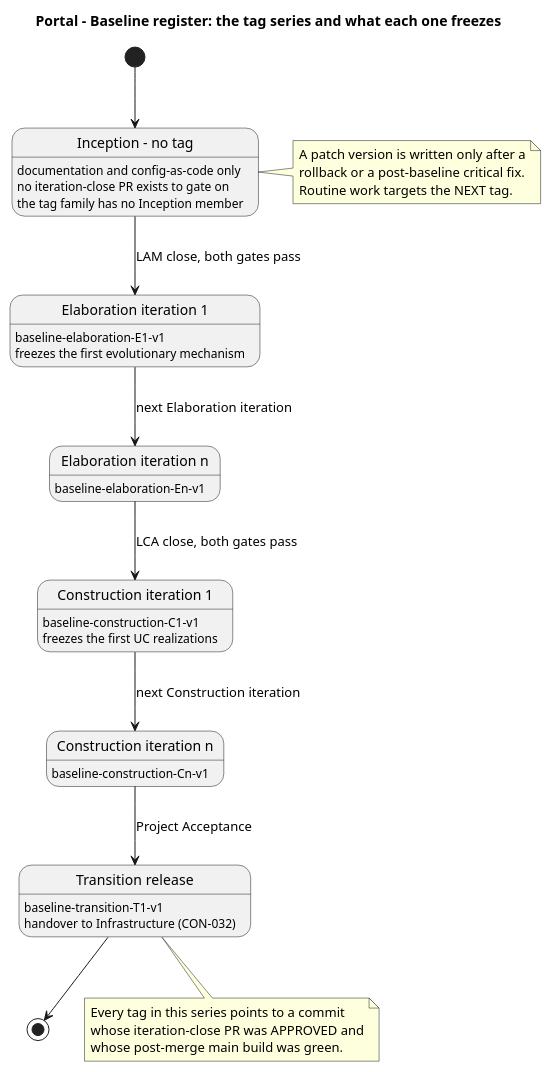
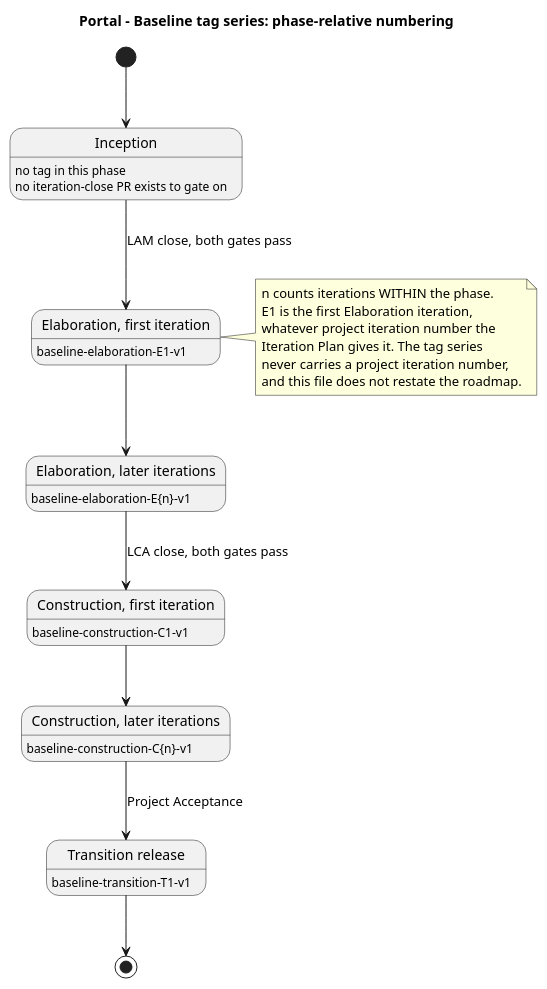
One commit to banense-test/portal changed the third of 7 diagrams in docs/BRANCHING_STRATEGY.md. Above: the diagram before and after it, drawn with PlantUML. The commit also changed other lines of this file, not shown here.

Commit message:
chore(cm): re-base branching strategy onto iteration 3 and current CI evidence

````diff
--- a/docs/BRANCHING_STRATEGY.md
+++ b/docs/BRANCHING_STRATEGY.md
@@ -195,54 +195,41 @@
 ```plantuml
 @startuml
-title Portal - Baseline register: the tag series and what each one freezes
+title Portal - Baseline tag series: phase-relative numbering
 
-state "Inception - no tag" as INC {
-  INC : documentation and config-as-code only
+state "Inception" as INC {
+  INC : no tag in this phase
   INC : no iteration-close PR exists to gate on
-  INC : the tag family has no Inception member
 }
-
-state "Elaboration iteration 1" as E1 {
+state "Elaboration, first iteration" as E1 {
   E1 : baseline-elaboration-E1-v1
-  E1 : freezes the first evolutionary mechanism
 }
-
-state "Elaboration iteration n" as EN {
-  EN : baseline-elaboration-En-v1
+state "Elaboration, later iterations" as EN {
+  EN : baseline-elaboration-E{n}-v1
 }
-
-state "Construction iteration 1" as C1 {
+state "Construction, first iteration" as C1 {
   C1 : baseline-construction-C1-v1
-  C1 : freezes the first UC realizations
 }
-
-state "Construction iteration n" as CN {
-  CN : baseline-construction-Cn-v1
+state "Construction, later iterations" as CN {
+  CN : baseline-construction-C{n}-v1
 }
-
 state "Transition release" as T1 {
   T1 : baseline-transition-T1-v1
-  T1 : handover to Infrastructure (CON-032)
 }
-
 [*] --> INC
 INC --> E1 : LAM close, both gates pass
-E1 --> EN : next Elaboration iteration
+E1 --> EN
 EN --> C1 : LCA close, both gates pass
-C1 --> CN : next Construction iteration
+C1 --> CN
 CN --> T1 : Project Acceptance
 T1 --> [*]
 
-note right of INC
-  A patch version is written only after a
-  rollback or a post-baseline critical fix.
-  Routine work targets the NEXT tag.
-end note
-
-note bottom of T1
-  Every tag in this series points to a commit
-  whose iteration-close PR was APPROVED and
-  whose post-merge main build was green.
+note right of E1
+  n counts iterations WITHIN the phase.
+  E1 is the first Elaboration iteration,
+  whatever project iteration number the
+  Iteration Plan gives it. The tag series
+  never carries a project iteration number,
+  and this file does not restate the roadmap.
 end note
 @enduml
 ```
````
